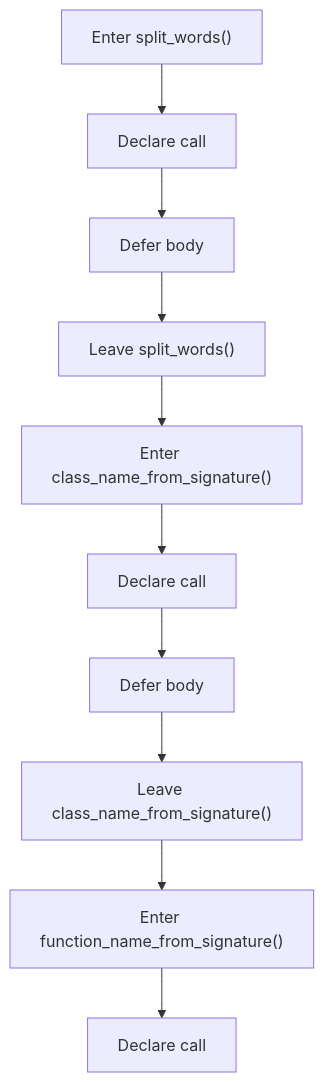
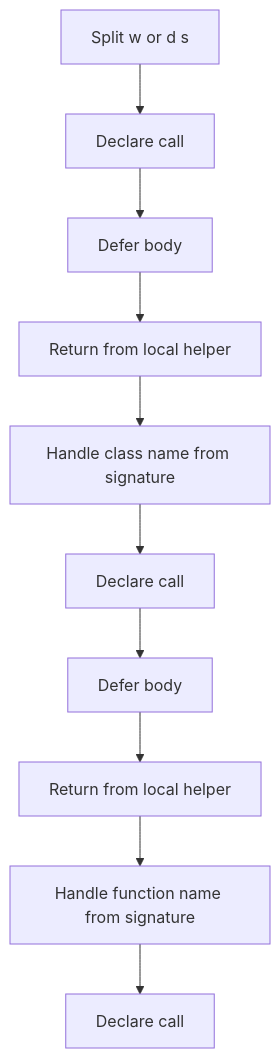
The second of 6 diagrams in docs/Codebase/Microservice/Modules/Header/SyntacticBrokenAST/Analysis/ImplementationUse/Resolution/Symbols/Internal/Flow/parse_tree_symbols_internal_program_flow.hpp.md (JohnAndrewBalbarosa/NeoTerritory), drawn with Mermaid before and after one commit. The commit also changed other lines of this file and 915 other files, not shown here.

````diff
--- a/docs/Codebase/Microservice/Modules/Header/SyntacticBrokenAST/Analysis/ImplementationUse/Resolution/Symbols/Internal/Flow/parse_tree_symbols_internal_program_flow.hpp.md
+++ b/docs/Codebase/Microservice/Modules/Header/SyntacticBrokenAST/Analysis/ImplementationUse/Resolution/Symbols/Internal/Flow/parse_tree_symbols_internal_program_flow.hpp.md
@@ -41,22 +41,22 @@
 ```mermaid
 flowchart TD
-    N0["Enter split_words()"]
+    N0["Split w or d s"]
     N1["Declare call"]
     N2["Defer body"]
-    N3["Leave split_words()"]
-    N4["Enter class_name_from_signature()"]
+    N3["Return from local helper"]
+    N4["Handle class name from signature"]
     N5["Declare call"]
     N6["Defer body"]
-    N7["Leave class_name_from_signature()"]
-    N8["Enter function_name_from_signature()"]
+    N7["Return from local helper"]
+    N8["Handle function name from signature"]
     N9["Declare call"]
     N0 --> N1
     N1 --> N2
     N2 --> N3
     N3 --> N4
     N4 --> N5
     N5 --> N6
     N6 --> N7
     N7 --> N8
     N8 --> N9
 ```
````
